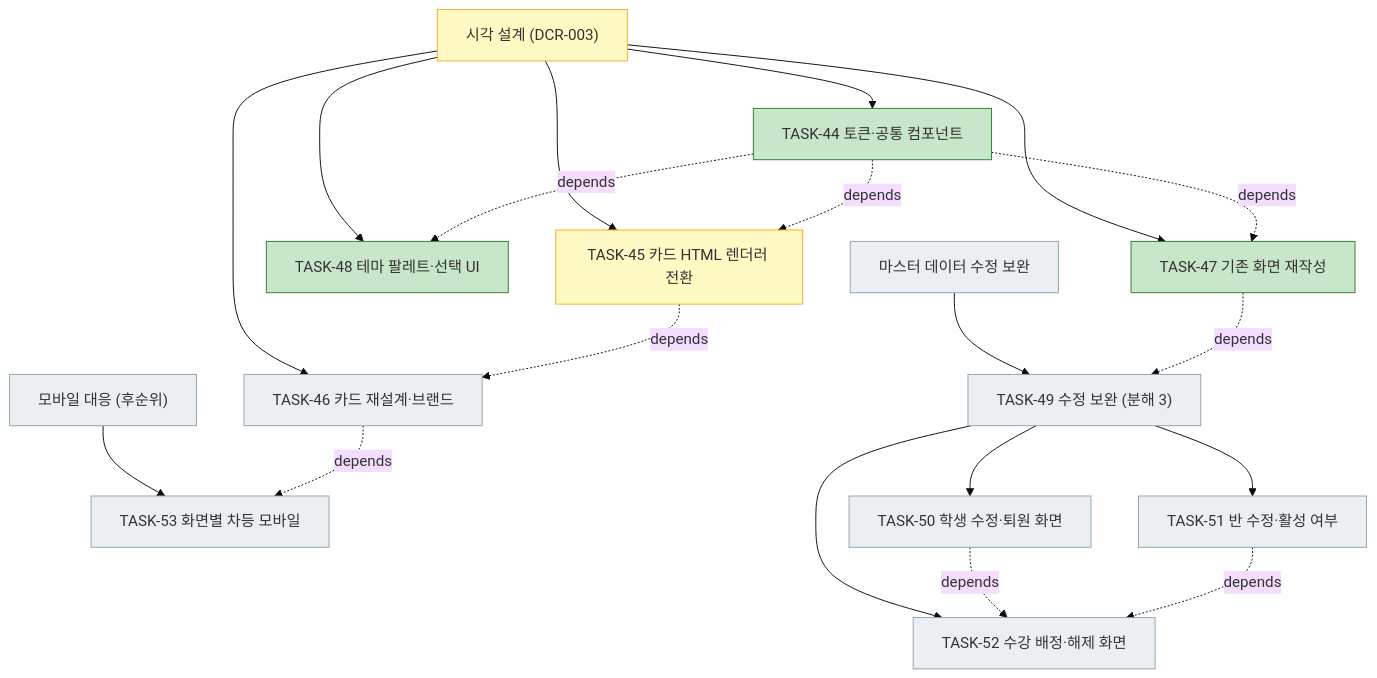
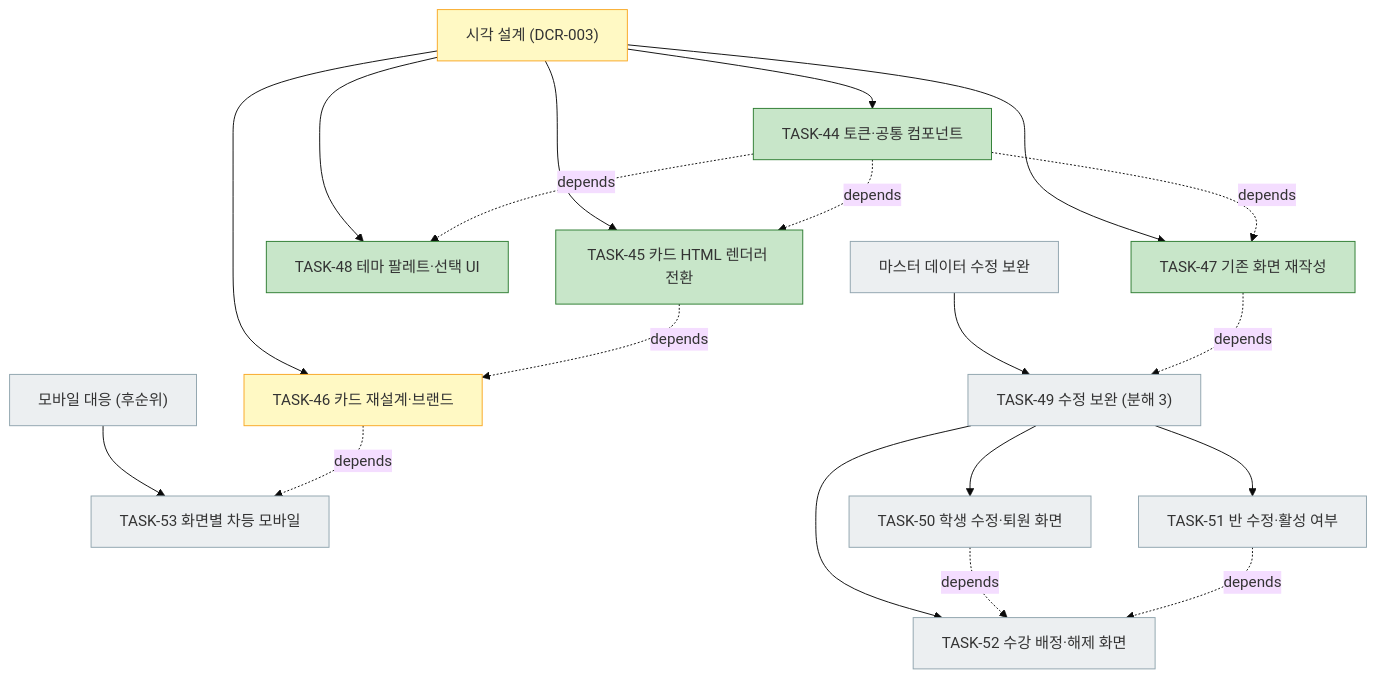
The fourth of 4 diagrams in docs/plan.md (bluesky5008/mathdesk), drawn with Mermaid (base theme) before and after one commit. The commit also changed other lines of this file and 11 other files, not shown here.

First line of the commit message:
feat(api): TASK-45 리포트 카드를 HTML + 헤드리스 Chromium으로 렌더한다

````diff
--- a/docs/plan.md
+++ b/docs/plan.md
@@ -223,27 +223,27 @@
 ```mermaid
 flowchart TD
     V["시각 설계 (DCR-003)"]:::active
     V --> T44["TASK-44 토큰·공통 컴포넌트"]:::done
     V --> T47["TASK-47 기존 화면 재작성"]:::done
     V --> T48["TASK-48 테마 팔레트·선택 UI"]:::done
-    V --> T45["TASK-45 카드 HTML 렌더러 전환"]:::active
-    V --> T46["TASK-46 카드 재설계·브랜드"]:::todo
+    V --> T45["TASK-45 카드 HTML 렌더러 전환"]:::done
+    V --> T46["TASK-46 카드 재설계·브랜드"]:::active
     MO["모바일 대응 (후순위)"]:::todo
     MO --> T53["TASK-53 화면별 차등 모바일"]:::todo
     T46 -. depends .-> T53
     M["마스터 데이터 수정 보완"]:::todo
     M --> T49["TASK-49 수정 보완 (분해 3)"]:::todo
     T49 --> T50["TASK-50 학생 수정·퇴원 화면"]:::todo
     T49 --> T51["TASK-51 반 수정·활성 여부"]:::todo
     T49 --> T52["TASK-52 수강 배정·해제 화면"]:::todo
     T44 -. depends .-> T47
     T44 -. depends .-> T48
     T44 -. depends .-> T45
     T45 -. depends .-> T46
     T47 -. depends .-> T49
     T50 -. depends .-> T52
     T51 -. depends .-> T52
     classDef done fill:#c8e6c9,stroke:#2e7d32
     classDef active fill:#fff9c4,stroke:#f9a825
     classDef todo fill:#eceff1,stroke:#90a4ae
 ```
````
